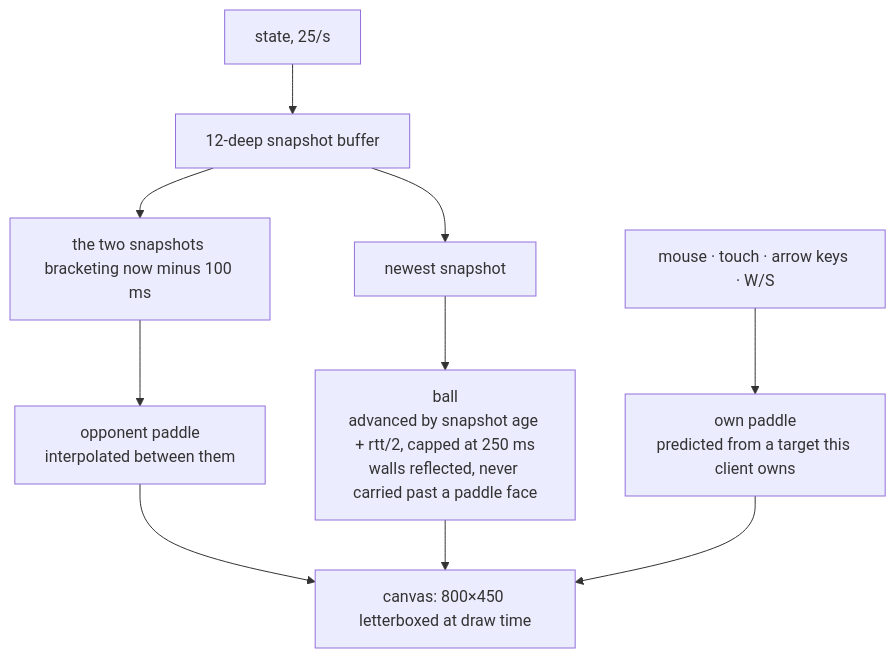
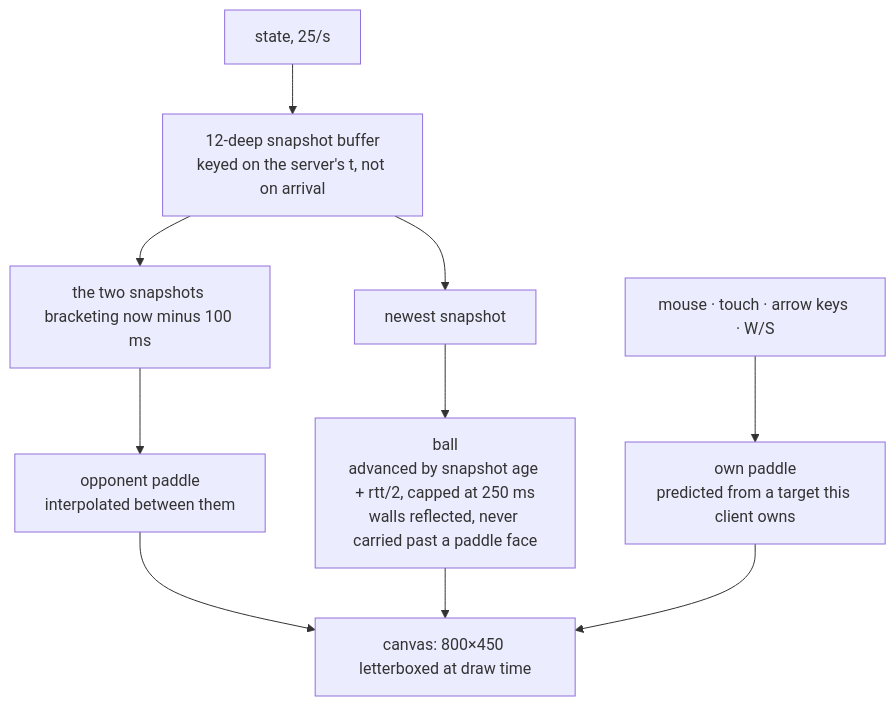
One commit to assokhi/pong changed the fourth of 5 diagrams in README.md. Above: the diagram before and after it, drawn with Mermaid. The commit also changed other lines of this file and 8 other files, not shown here.

````diff
--- a/README.md
+++ b/README.md
@@ -190,16 +215,16 @@
 ```mermaid
 flowchart TD
-  W["state, 25/s"] --> BUF["12-deep snapshot buffer"]
+  W["state, 25/s"] --> BUF["12-deep snapshot buffer<br/>keyed on the server's t, not on arrival"]
 
   BUF --> PAIR["the two snapshots bracketing now minus 100 ms"]
   PAIR --> OPP["opponent paddle<br/>interpolated between them"]
 
   BUF --> NEW["newest snapshot"]
   NEW --> BALL["ball<br/>advanced by snapshot age + rtt/2, capped at 250 ms<br/>walls reflected, never carried past a paddle face"]
 
   IN["mouse · touch · arrow keys · W/S"] --> MINE["own paddle<br/>predicted from a target this client owns"]
 
   OPP --> C["canvas: 800×450 letterboxed at draw time"]
   BALL --> C
   MINE --> C
 ```
````
